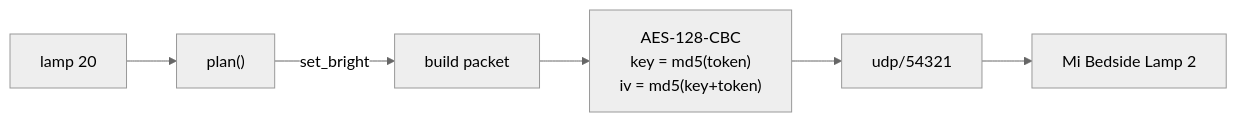
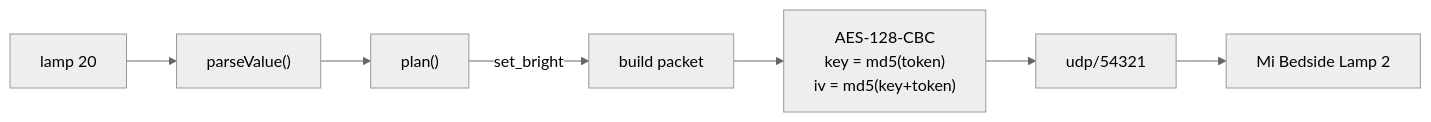
The diagram in README.md (nitrimandylis/lamp), drawn with Mermaid (neutral theme) before and after one commit. The commit also changed other lines of this file, not shown here.

````diff
--- a/README.md
+++ b/README.md
@@ -129,8 +80,9 @@
 ```mermaid
 flowchart LR
-  A["lamp 20"] --> B["plan()"]
-  B -->|"set_bright"| C["build packet"]
-  C --> D["AES-128-CBC<br/>key = md5(token)<br/>iv = md5(key+token)"]
-  D --> E["udp/54321"]
-  E --> F["Mi Bedside Lamp 2"]
+    A["lamp 20"] --> B["parseValue()"]
+    B --> C["plan()"]
+    C -->|set_bright| D["build packet"]
+    D --> E["AES-128-CBC<br/>key = md5(token)<br/>iv = md5(key+token)"]
+    E --> F["udp/54321"]
+    F --> G["Mi Bedside Lamp 2"]
 ```
````
